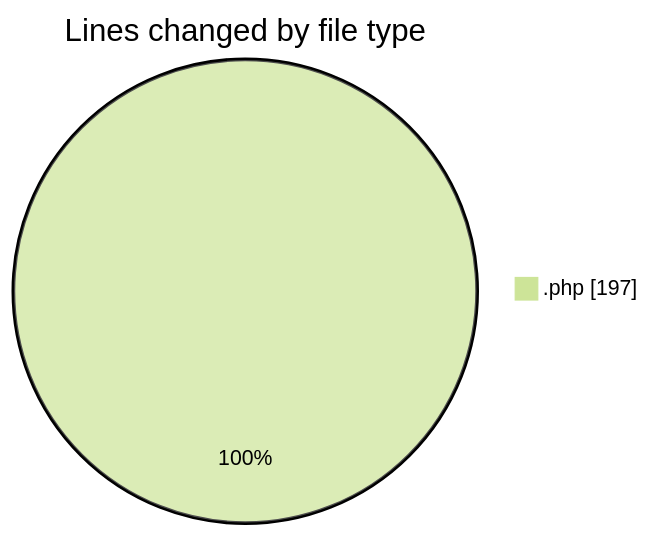
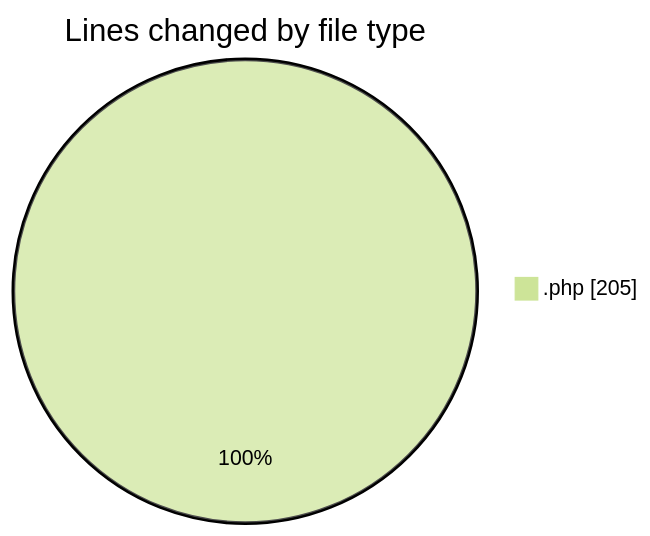
Before and after one commit to LanceThiago/code-tracking: the first of 2 diagrams in 2026-08-26/oficina/README.md, drawn with Mermaid (forest theme). The commit also changed other lines of this file and 1 other file, not shown here.

````diff
--- a/2026-08-26/oficina/README.md
+++ b/2026-08-26/oficina/README.md
@@ -20,5 +20,5 @@
 ```mermaid
 pie showData
 title Lines changed by file type
-".php" : 197
+".php" : 205
 ```
````
